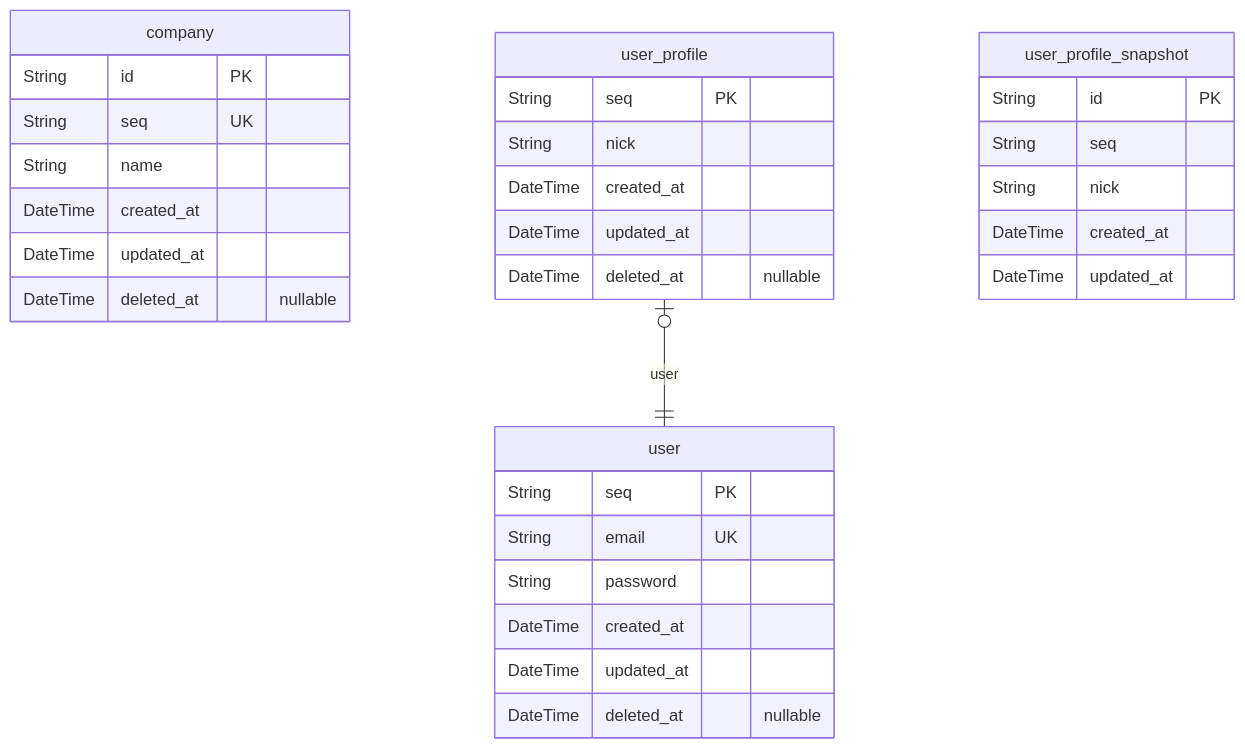
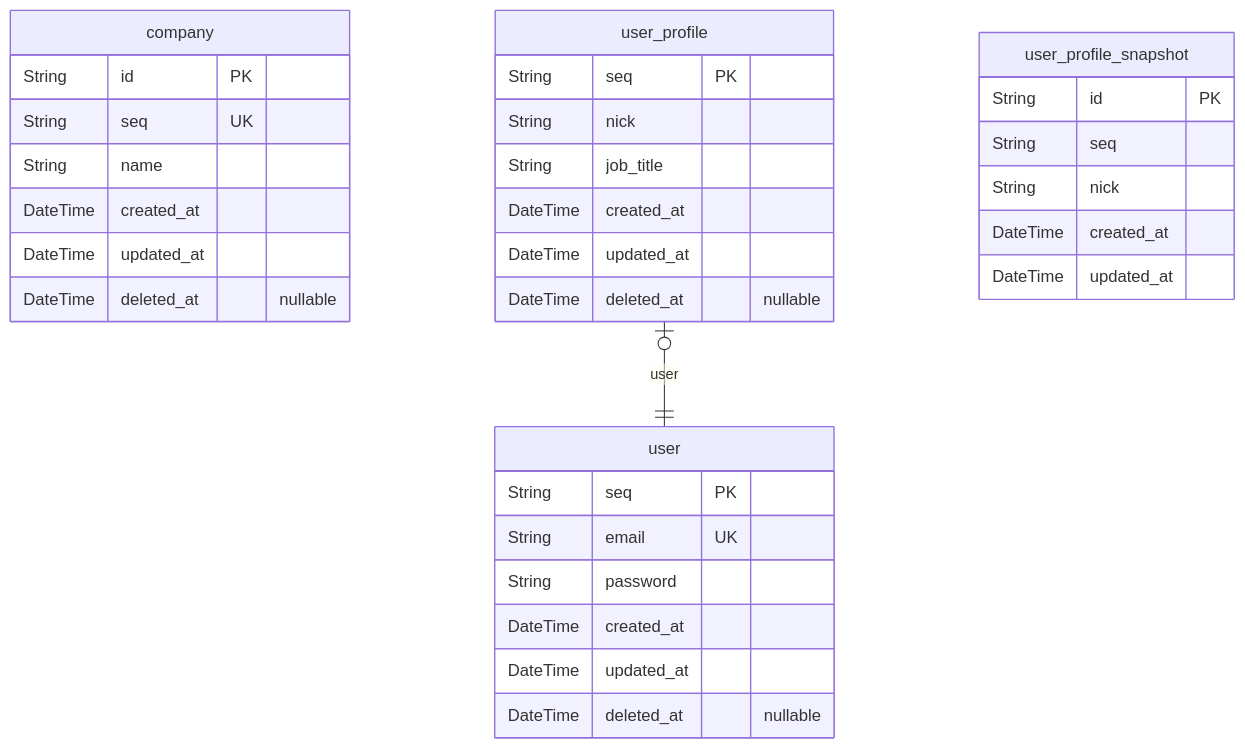
One commit to windofwind/cback changed the diagram in document/ERD.md. Above: the diagram before and after it, drawn with Mermaid. The commit also changed other lines of this file and 29 other files, not shown here.

````diff
--- a/document/ERD.md
+++ b/document/ERD.md
@@ -7,34 +7,35 @@
 ```mermaid
 erDiagram
 "user" {
   String seq PK
   String email UK
   String password
   DateTime created_at
   DateTime updated_at
   DateTime deleted_at "nullable"
 }
 "company" {
   String id PK
   String seq UK
   String name
   DateTime created_at
   DateTime updated_at
   DateTime deleted_at "nullable"
 }
 "user_profile" {
   String seq PK
   String nick
+  String job_title
   DateTime created_at
   DateTime updated_at
   DateTime deleted_at "nullable"
 }
 "user_profile_snapshot" {
   String id PK
   String seq
   String nick
   DateTime created_at
   DateTime updated_at
 }
 "user_profile" |o--|| "user" : user
 ```
````
